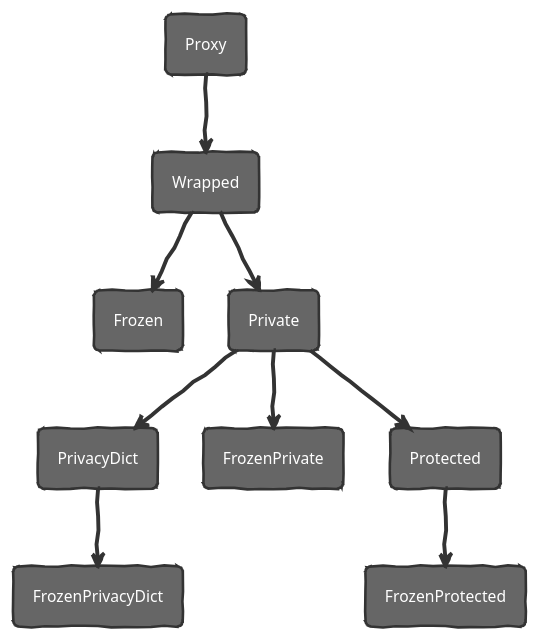
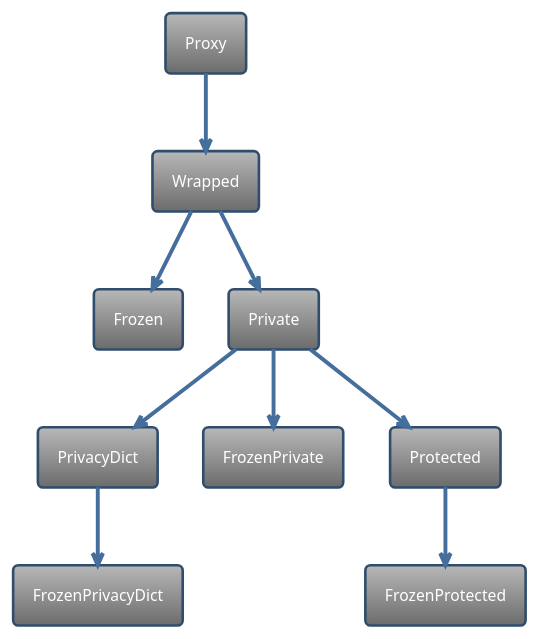
One commit to sundarnagarajan/pyprotect changed the diagram in classdiagram.puml. Above: the diagram before and after it, drawn with PlantUML. The commit also changed 1 other file, not shown here.

```diff
--- a/classdiagram.puml
+++ b/classdiagram.puml
@@ -2,31 +2,32 @@
 @startuml
 ' Create classdiagram.svg using command:
 ' java -jar plantuml.jar -tsvg classdiagram.puml
 '!theme bluegray
-!theme sketchy
+'!theme sketchy
+!theme spacelab
 
 skinparam linetype polyline
 'skinparam linetype ortho
  
 rectangle Proxy
 rectangle Wrapped
 rectangle Frozen
 rectangle Private
 rectangle PrivacyDict
 rectangle FrozenPrivacyDict
 rectangle FrozenPrivate
 rectangle Protected
 rectangle FrozenProtected
 
 Proxy --> Wrapped
 Wrapped --> Frozen
 Wrapped --> Private
 
 Private --> PrivacyDict
 Private --> FrozenPrivate
 Private --> Protected
 
 PrivacyDict --> FrozenPrivacyDict
 Protected --> FrozenProtected
 
 @enduml
```
